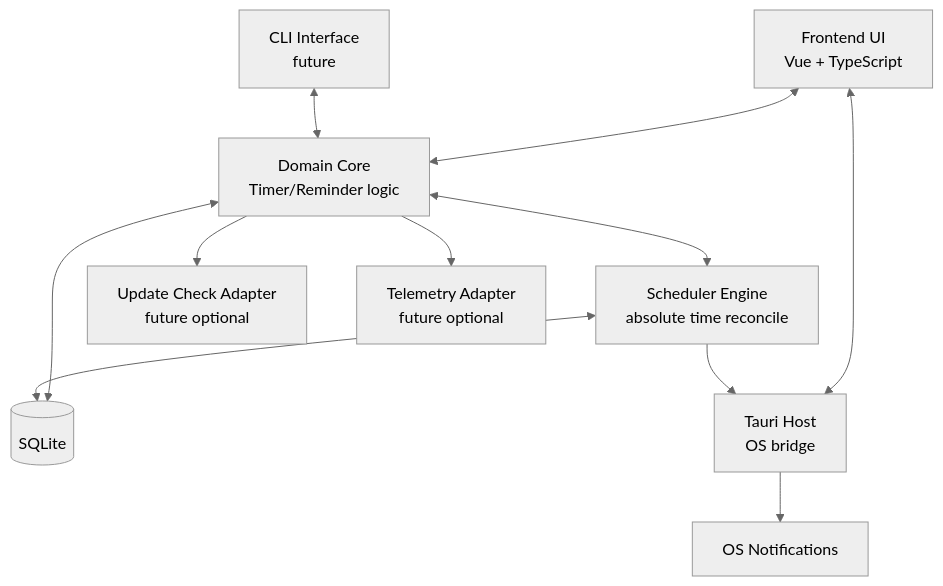
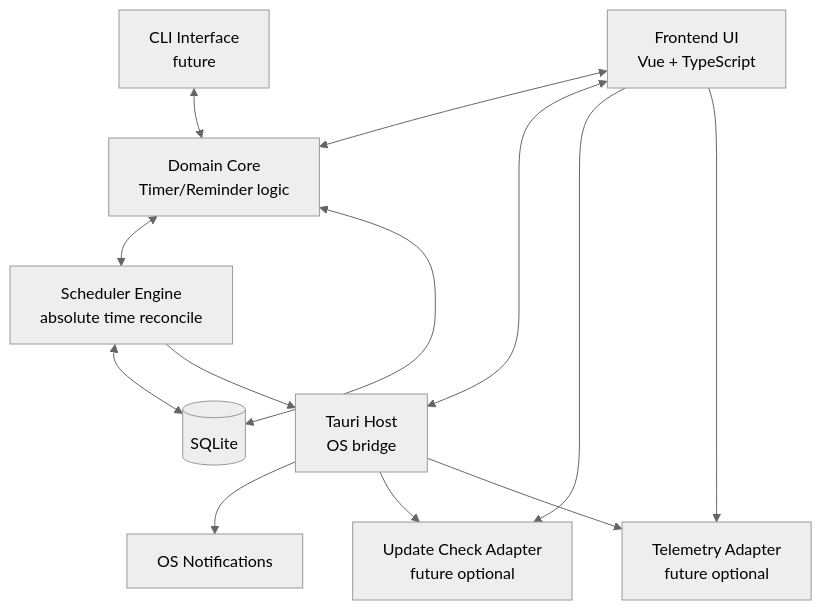
The diagram in docs/L2-container.md (kubasovp/timers), drawn with Mermaid (neutral theme) before and after one commit. The commit also changed other lines of this file and 1 other file, not shown here.

Commit message:
docs: fix adapter dependency direction and relax offline-first wording

````diff
--- a/docs/L2-container.md
+++ b/docs/L2-container.md
@@ -9,23 +9,25 @@
 ```mermaid
 flowchart TB
   UI[Frontend UI\nVue + TypeScript]
   CLI[CLI Interface\nfuture]
   CORE[Domain Core\nTimer/Reminder logic]
   SCHED[Scheduler Engine\nabsolute time reconcile]
   DB[(SQLite)]
   TAURI[Tauri Host\nOS bridge]
   NOTIF[OS Notifications]
   UPDATE[Update Check Adapter\nfuture optional]
   TELEMETRY[Telemetry Adapter\nfuture optional]
 
   UI <--> CORE
   CLI <--> CORE
   CORE <--> SCHED
   CORE <--> DB
   SCHED <--> DB
   UI <--> TAURI
   SCHED --> TAURI
   TAURI --> NOTIF
-  CORE --> UPDATE
-  CORE --> TELEMETRY
+  UI --> UPDATE
+  TAURI --> UPDATE
+  UI --> TELEMETRY
+  TAURI --> TELEMETRY
 ```
````
